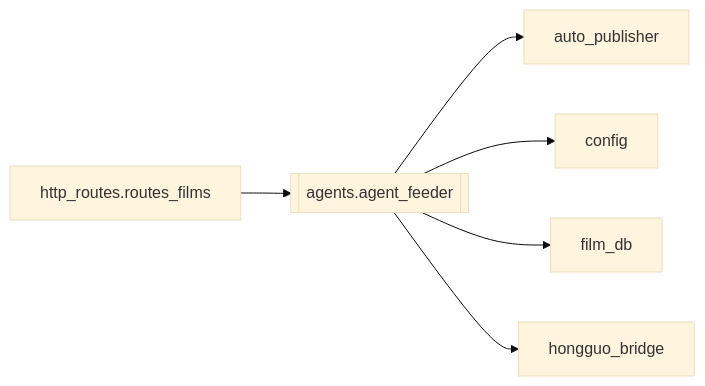
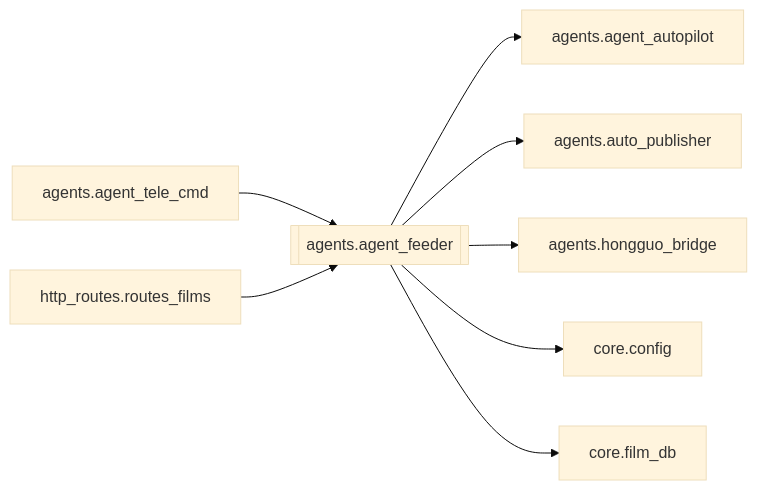
One commit to kjza178/PinelineV5 changed the diagram in docs/brain/modules/agents.agent_feeder.md. Above: the diagram before and after it, drawn with Mermaid (base theme). The commit also changed other lines of this file and 227 other files, not shown here.

````diff
--- a/docs/brain/modules/agents.agent_feeder.md
+++ b/docs/brain/modules/agents.agent_feeder.md
@@ -18,9 +18,11 @@
 ```mermaid
 flowchart LR
   agents_agent_feeder[[agents.agent_feeder]]
+  agents_agent_tele_cmd[agents.agent_tele_cmd] --> agents_agent_feeder
   http_routes_routes_films[http_routes.routes_films] --> agents_agent_feeder
-  agents_agent_feeder --> auto_publisher[auto_publisher]
-  agents_agent_feeder --> config[config]
-  agents_agent_feeder --> film_db[film_db]
-  agents_agent_feeder --> hongguo_bridge[hongguo_bridge]
+  agents_agent_feeder --> agents_agent_autopilot[agents.agent_autopilot]
+  agents_agent_feeder --> agents_auto_publisher[agents.auto_publisher]
+  agents_agent_feeder --> agents_hongguo_bridge[agents.hongguo_bridge]
+  agents_agent_feeder --> core_config[core.config]
+  agents_agent_feeder --> core_film_db[core.film_db]
 ```
````
